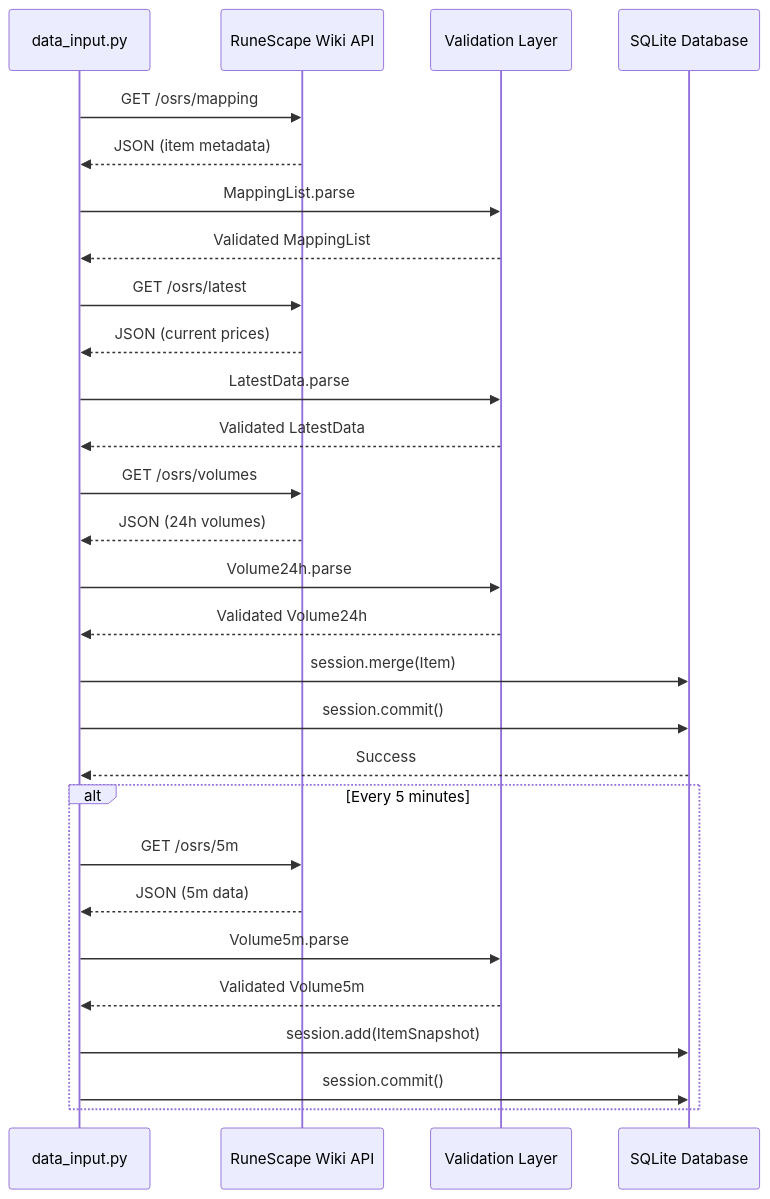
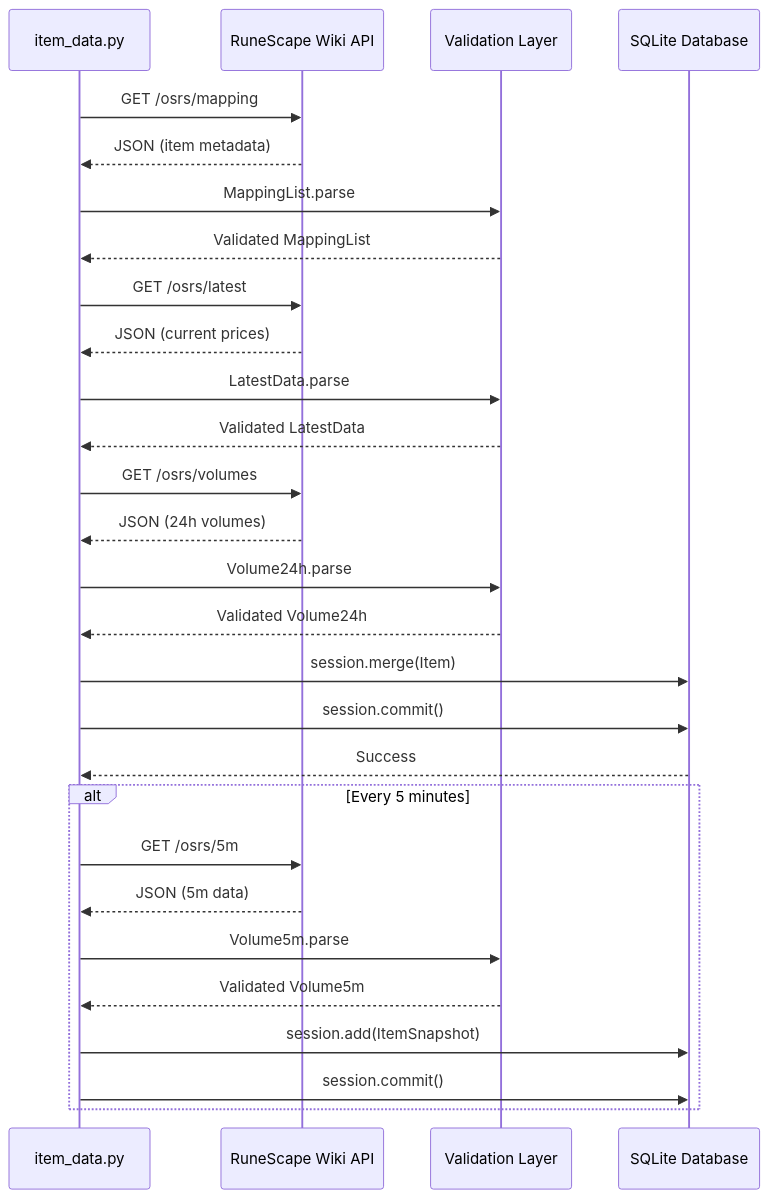
The first of 2 diagrams in .sop/summary/interfaces.md (fisherrjd/osrs_ge), drawn with Mermaid before and after one commit. The commit also changed other lines of this file and 34 other files, not shown here.

Commit message:
migrate aggregator -> backend and data_input.py -> item_data.py

````diff
--- a/.sop/summary/interfaces.md
+++ b/.sop/summary/interfaces.md
@@ -260,35 +260,35 @@
 ```mermaid
 sequenceDiagram
-    participant App as data_input.py
+    participant App as item_data.py
     participant API as RuneScape Wiki API
     participant Pydantic as Validation Layer
     participant DB as SQLite Database
 
     App->>API: GET /osrs/mapping
     API-->>App: JSON (item metadata)
     App->>Pydantic: MappingList.parse
     Pydantic-->>App: Validated MappingList
 
     App->>API: GET /osrs/latest
     API-->>App: JSON (current prices)
     App->>Pydantic: LatestData.parse
     Pydantic-->>App: Validated LatestData
 
     App->>API: GET /osrs/volumes
     API-->>App: JSON (24h volumes)
     App->>Pydantic: Volume24h.parse
     Pydantic-->>App: Validated Volume24h
 
     App->>DB: session.merge(Item)
     App->>DB: session.commit()
     DB-->>App: Success
 
     alt Every 5 minutes
         App->>API: GET /osrs/5m
         API-->>App: JSON (5m data)
         App->>Pydantic: Volume5m.parse
         Pydantic-->>App: Validated Volume5m
         App->>DB: session.add(ItemSnapshot)
         App->>DB: session.commit()
     end
 ```
````
